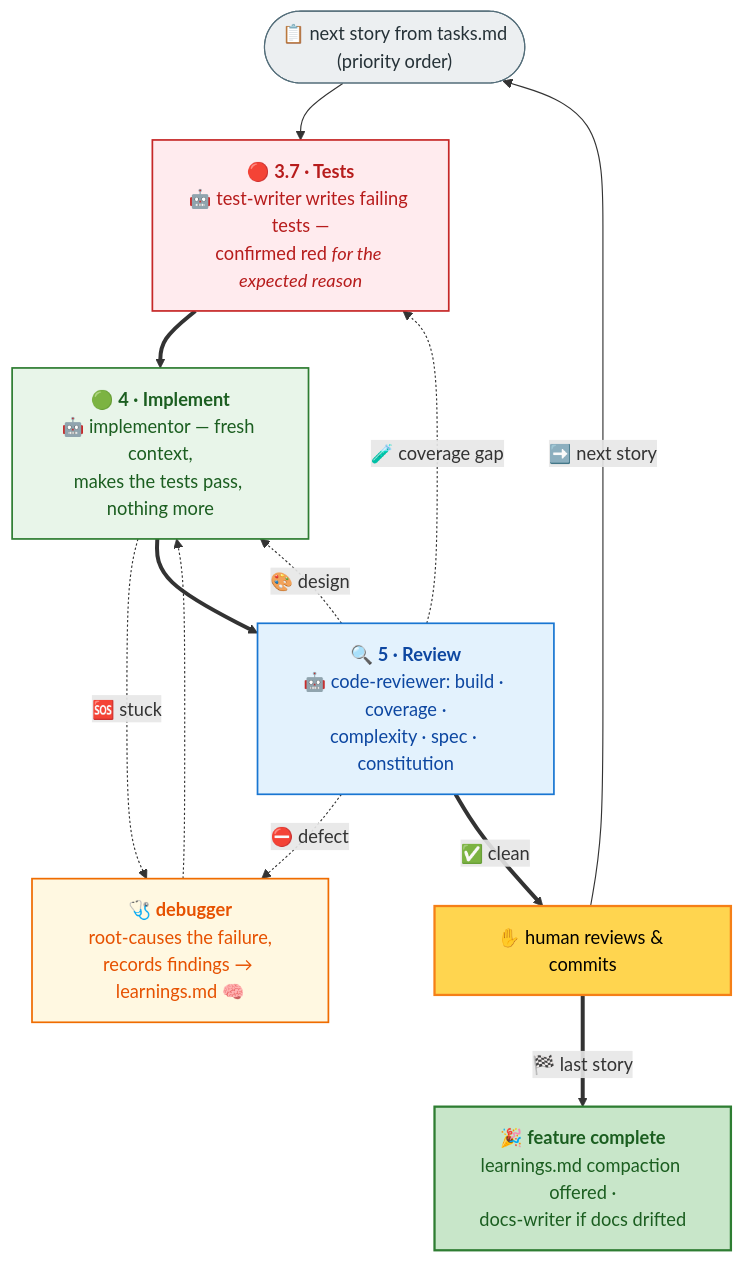
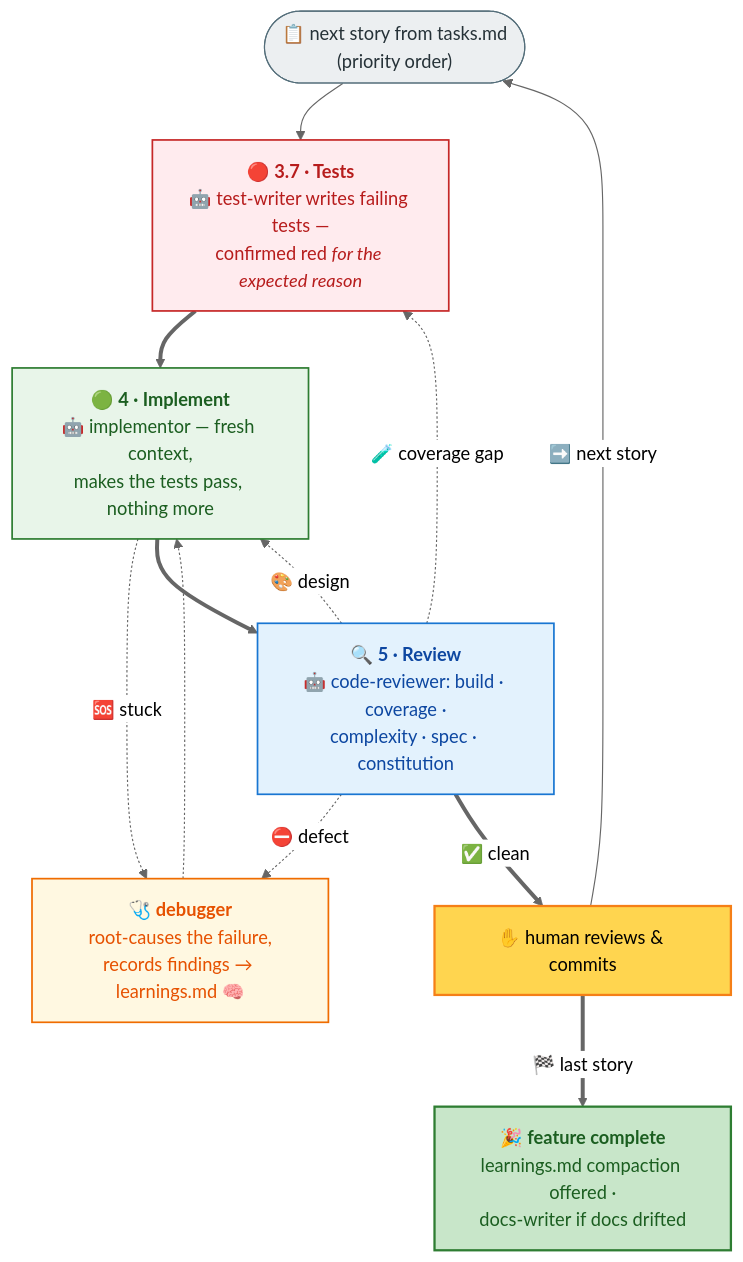
One commit to saptarshibasu/spec-driven-development changed the fourth of 4 diagrams in README.md. Above: the diagram before and after it, drawn with Mermaid. The commit also changed other lines of this file and 3 other files, not shown here.

````diff
--- a/README.md
+++ b/README.md
@@ -186,35 +231,36 @@
 ```mermaid
+%%{init: {'theme': 'neutral'}}%%
 flowchart TD
     PICK(["📋 next story from tasks.md<br/>(priority order)"]) --> TW
 
     TW["🔴 <b>3.7 · Tests</b><br/>🤖 test-writer writes failing tests —<br/>confirmed red <i>for the expected reason</i>"] ==> IM
     IM["🟢 <b>4 · Implement</b><br/>🤖 implementor — fresh context,<br/>makes the tests pass, nothing more"]
 
     IM -.->|"🆘 stuck"| DB["🩺 <b>debugger</b><br/>root-causes the failure,<br/>records findings → learnings.md 🧠"]
     DB -.-> IM
 
     IM ==> RV["🔍 <b>5 · Review</b><br/>🤖 code-reviewer: build · coverage ·<br/>complexity · spec · constitution"]
     RV -.->|"⛔ defect"| DB
     RV -.->|"🎨 design"| IM
     RV -.->|"🧪 coverage gap"| TW
     RV ==>|"✅ clean"| CM["✋ human reviews & commits"]
 
     CM -->|"➡️ next story"| PICK
     CM ==>|"🏁 last story"| FIN["🎉 <b>feature complete</b><br/>learnings.md compaction offered ·<br/>docs-writer if docs drifted"]
 
     classDef red fill:#ffebee,stroke:#c62828,stroke-width:1.5px,color:#b71c1c
     classDef green fill:#e8f5e9,stroke:#2e7d32,stroke-width:1.5px,color:#1b5e20
     classDef review fill:#e3f2fd,stroke:#1976d2,stroke-width:1.5px,color:#0d47a1
     classDef debug fill:#fff8e1,stroke:#ef6c00,stroke-width:1.5px,color:#e65100
     classDef human fill:#ffd54f,stroke:#f57f17,stroke-width:2px,color:#000
     classDef done fill:#c8e6c9,stroke:#2e7d32,stroke-width:2px,color:#1b5e20
     classDef input fill:#eceff1,stroke:#546e7a,color:#263238
 
     class TW red
     class IM green
     class RV review
     class DB debug
     class CM human
     class FIN done
     class PICK input
 ```
````
